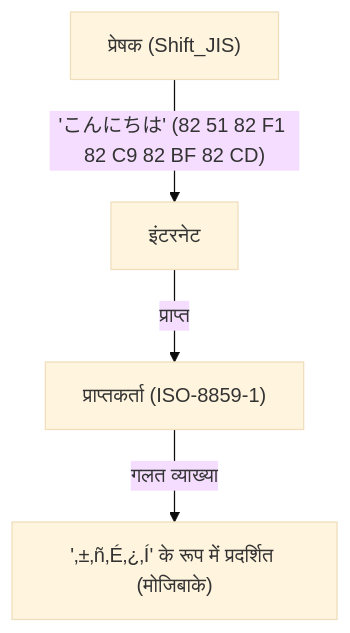
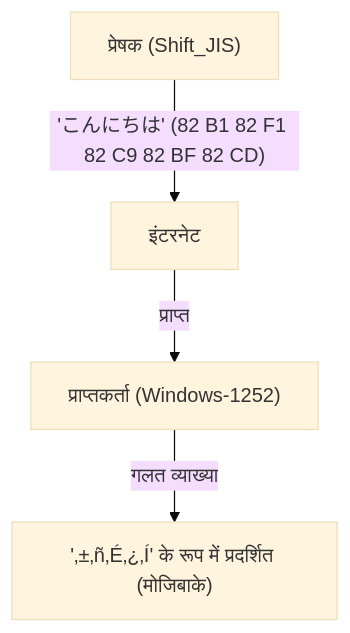
Before and after one commit to kenjinote/blog: the first of 2 diagrams in content/post/history-of-unicode-encoding/index.hi.md, drawn with Mermaid (base theme). The commit also changed other lines of this file and 21 other files, not shown here.

````diff
--- a/content/post/history-of-unicode-encoding/index.hi.md
+++ b/content/post/history-of-unicode-encoding/index.hi.md
@@ -34,6 +35,6 @@
 ```mermaid
 graph TD
-    A["प्रेषक (Shift_JIS)"] -- "'こんにちは' (82 51 82 F1 82 C9 82 BF 82 CD)" --> B["इंटरनेट"]
-    B -- "प्राप्त" --> C["प्राप्तकर्ता (ISO-8859-1)"]
+    A["प्रेषक (Shift_JIS)"] -- "'こんにちは' (82 B1 82 F1 82 C9 82 BF 82 CD)" --> B["इंटरनेट"]
+    B -- "प्राप्त" --> C["प्राप्तकर्ता (Windows-1252)"]
     C -- "गलत व्याख्या" --> D["'‚±‚ñ‚É‚¿‚Í' के रूप में प्रदर्शित (मोजिबाके)"]
 ```
````
